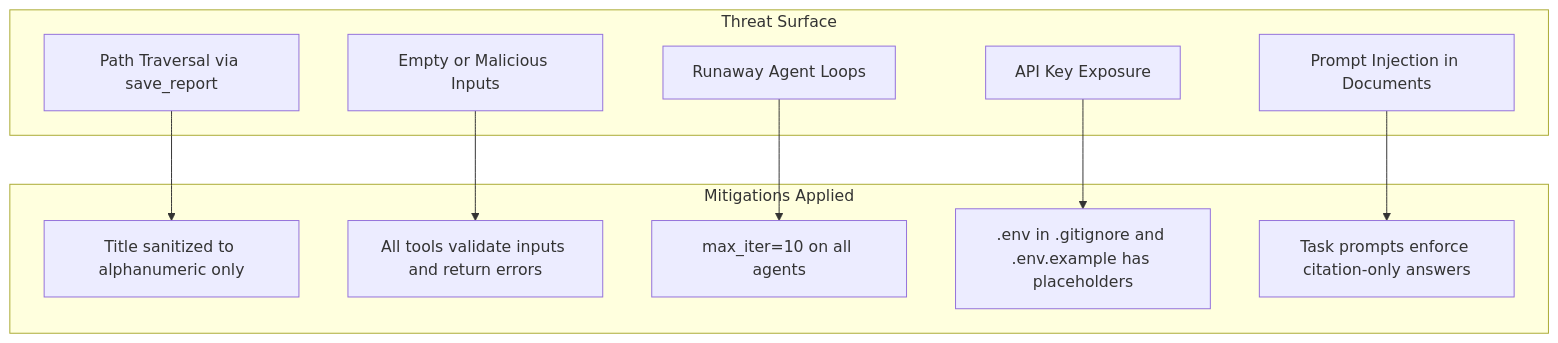
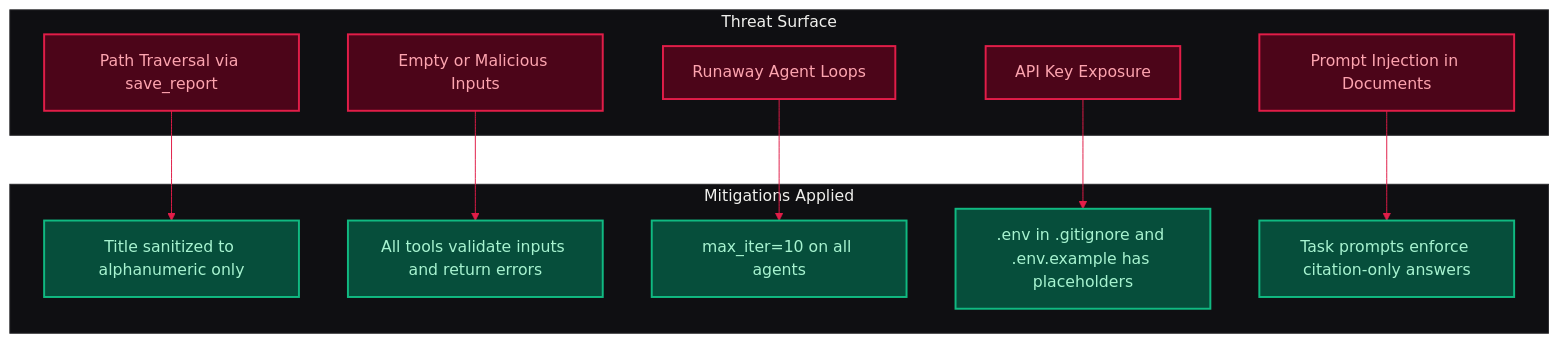
Before and after one commit to ayush300302/crew-ops-intelligence: the third of 4 diagrams in README.md, drawn with Mermaid. The commit also changed other lines of this file and 1 other file, not shown here.

Commit message:
docs: improve mermaid diagram styling with dark mode and custom colors

````diff
--- a/README.md
+++ b/README.md
@@ -108,24 +162,49 @@
 ```mermaid
+---
+config:
+  theme: base
+  themeVariables:
+    darkMode: true
+    background: "#0a0a0c"
+    primaryColor: "#17171a"
+    primaryTextColor: "#f4f4f5"
+    primaryBorderColor: "#27272a"
+    lineColor: "#e11d48"
+    textColor: "#f4f4f5"
+    mainBkg: "#17171a"
+    nodeBorder: "#27272a"
+    clusterBkg: "#0f0f12"
+    clusterBorder: "#27272a"
+    tertiaryColor: "#0f0f12"
+    tertiaryBorderColor: "#27272a"
+    fontFamily: "system-ui, -apple-system, BlinkMacSystemFont, 'Segoe UI', Roboto, 'Helvetica Neue', Arial, sans-serif"
+---
 graph TD
     subgraph Threats["Threat Surface"]
         T1["Path Traversal via save_report"]
         T2["Empty or Malicious Inputs"]
         T3["Runaway Agent Loops"]
         T4["API Key Exposure"]
         T5["Prompt Injection in Documents"]
     end
 
     subgraph Mitigations["Mitigations Applied"]
         M1["Title sanitized to alphanumeric only"]
         M2["All tools validate inputs and return errors"]
         M3["max_iter=10 on all agents"]
         M4[".env in .gitignore and .env.example has placeholders"]
         M5["Task prompts enforce citation-only answers"]
     end
 
     T1 --> M1
     T2 --> M2
     T3 --> M3
     T4 --> M4
     T5 --> M5
+
+    classDef threat fill:#4c0519,stroke:#e11d48,stroke-width:2px,color:#fda4af;
+    classDef mitigation fill:#064e3b,stroke:#10b981,stroke-width:2px,color:#a7f3d0;
+    
+    class T1,T2,T3,T4,T5 threat;
+    class M1,M2,M3,M4,M5 mitigation;
 ```
````
